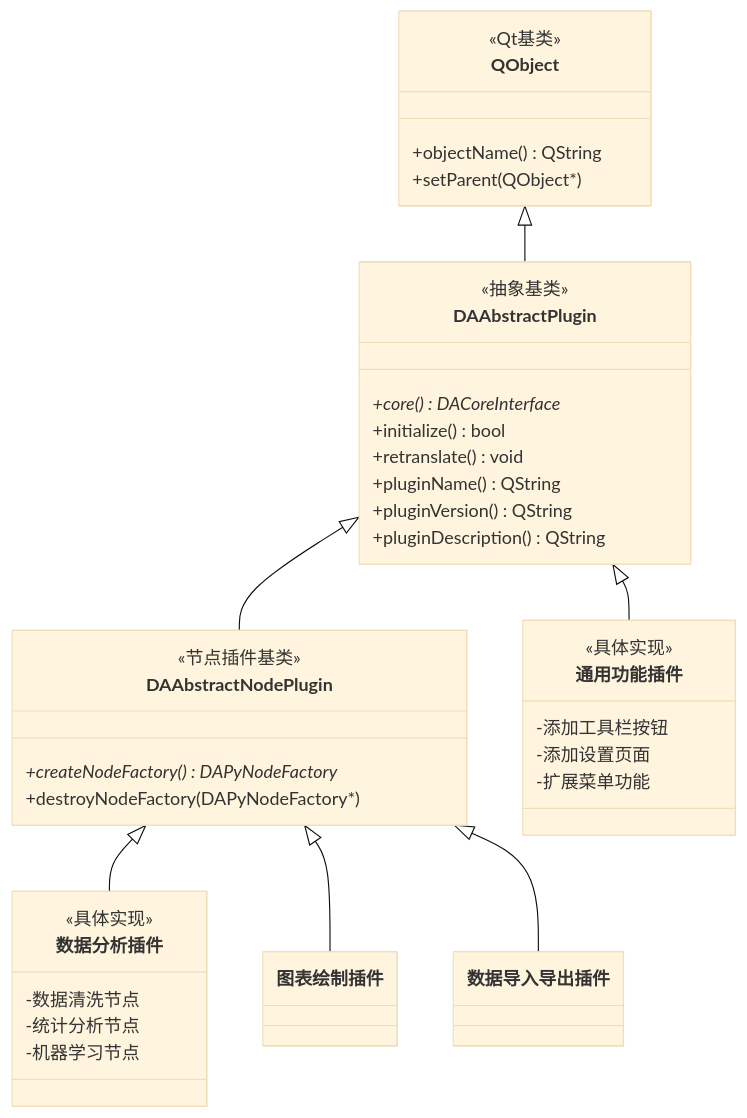
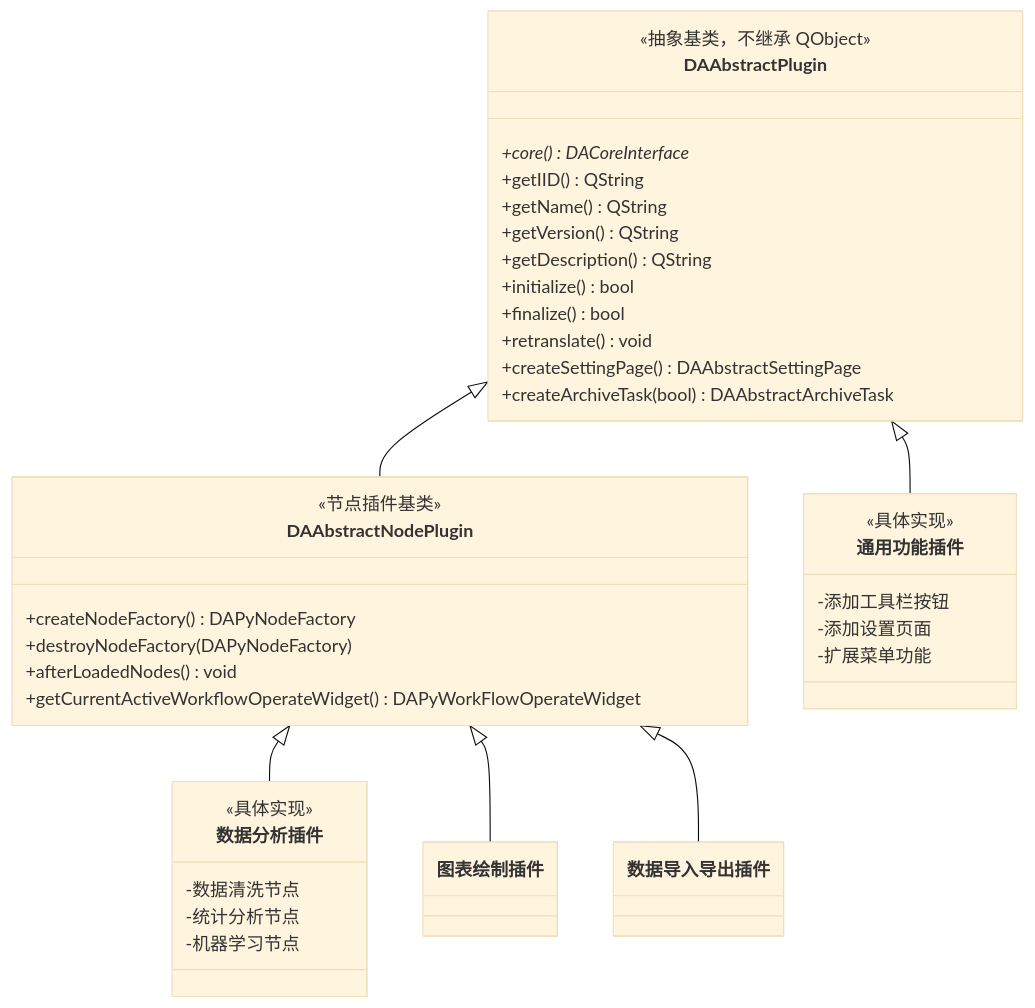
The second of 4 diagrams in docs/zh/plugin-system.md (czyt1988/data-workbench), drawn with Mermaid (base theme) before and after one commit. The commit also changed other lines of this file and 69 other files, not shown here.

````diff
--- a/docs/zh/plugin-system.md
+++ b/docs/zh/plugin-system.md
@@ -264,46 +307,45 @@
 ```mermaid
 classDiagram
     direction TB
-    QObject <|-- DAAbstractPlugin
     DAAbstractPlugin <|-- DAAbstractNodePlugin
     DAAbstractPlugin <|-- 通用功能插件
     DAAbstractNodePlugin <|-- 数据分析插件
     DAAbstractNodePlugin <|-- 图表绘制插件
     DAAbstractNodePlugin <|-- 数据导入导出插件
-    
-    class QObject {
-        <<Qt基类>>
-        +objectName() QString
-        +setParent(QObject*)
+
+    class DAAbstractPlugin {
+        <<抽象基类，不继承 QObject>>
+        +core() DACoreInterface*
+        +getIID() QString
+        +getName() QString
+        +getVersion() QString
+        +getDescription() QString
+        +initialize() bool
+        +finalize() bool
+        +retranslate() void
+        +createSettingPage() DAAbstractSettingPage
+        +createArchiveTask(bool) DAAbstractArchiveTask
     }
-    
-    class DAAbstractPlugin {
-        <<抽象基类>>
-        +core() DACoreInterface*
-        +initialize() bool
-        +retranslate() void
-        +pluginName() QString
-        +pluginVersion() QString
-        +pluginDescription() QString
-    }
-    
+
     class DAAbstractNodePlugin {
         <<节点插件基类>>
-        +createNodeFactory() DAPyNodeFactory*
-        +destroyNodeFactory(DAPyNodeFactory*)
+        +createNodeFactory() DAPyNodeFactory
+        +destroyNodeFactory(DAPyNodeFactory)
+        +afterLoadedNodes() void
+        +getCurrentActiveWorkflowOperateWidget() DAPyWorkFlowOperateWidget
     }
-    
+
     class 通用功能插件 {
         <<具体实现>>
         -添加工具栏按钮
         -添加设置页面
         -扩展菜单功能
     }
-    
+
     class 数据分析插件 {
         <<具体实现>>
         -数据清洗节点
         -统计分析节点
         -机器学习节点
     }
 ```
````
